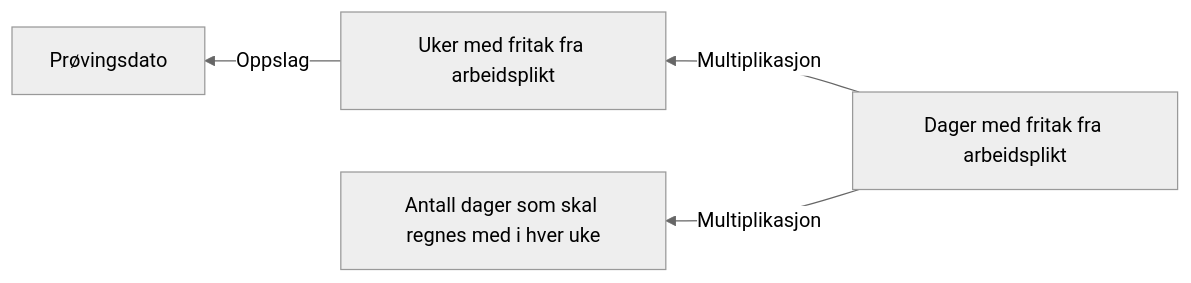
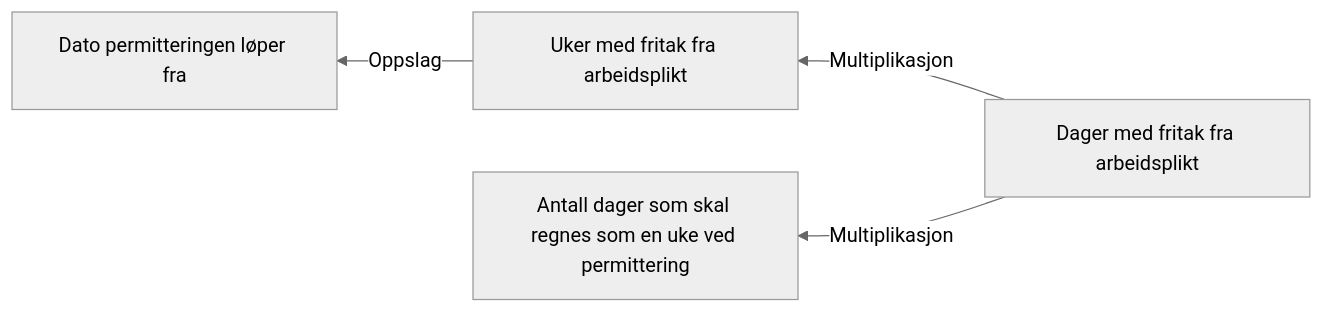
Before and after one commit to navikt/dp-behandling: the diagram in docs/regler/§ 4-7 Permittering (fastsetting).approved.md, drawn with Mermaid (neutral theme). The commit also changed 13 other files, not shown here.

````diff
--- a/docs/regler/§ 4-7 Permittering (fastsetting).approved.md
+++ b/docs/regler/§ 4-7 Permittering (fastsetting).approved.md
@@ -5,6 +5,6 @@
 ```mermaid
 graph RL
-  A["Uker med fritak fra arbeidsplikt"] -->|"Oppslag"| B["Prøvingsdato"]
+  A["Uker med fritak fra arbeidsplikt"] -->|"Oppslag"| B["Dato permitteringen løper fra"]
   C["Dager med fritak fra arbeidsplikt"] -->|"Multiplikasjon"| A["Uker med fritak fra arbeidsplikt"]
-  C["Dager med fritak fra arbeidsplikt"] -->|"Multiplikasjon"| D["Antall dager som skal regnes med i hver uke"]
+  C["Dager med fritak fra arbeidsplikt"] -->|"Multiplikasjon"| D["Antall dager som skal regnes som en uke ved permittering"]
 ```
````
